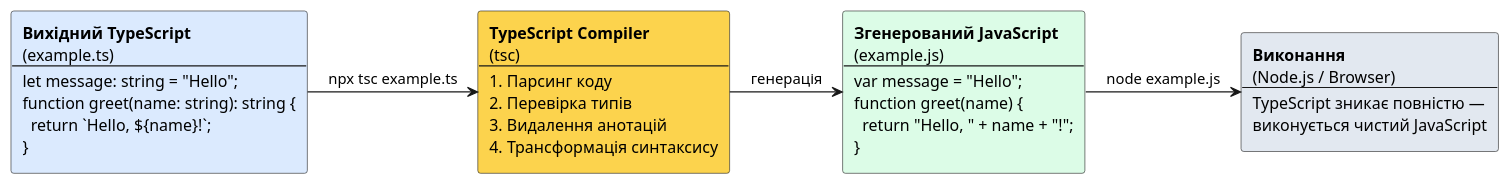
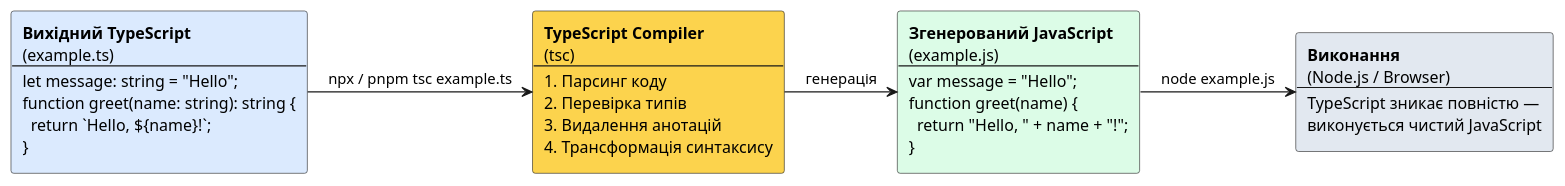
One commit to arakviel/kostyl.dev changed the second of 6 diagrams in content/18.web-development/03.typescript-type-system/01.introduction-compiler-config.md. Above: the diagram before and after it, drawn with PlantUML. The commit also changed other lines of this file and 49 other files, not shown here.

````diff
--- a/content/18.web-development/03.typescript-type-system/01.introduction-compiler-config.md
+++ b/content/18.web-development/03.typescript-type-system/01.introduction-compiler-config.md
@@ -247,49 +260,49 @@
 ```plantuml
 @startuml
 skinparam style plain
 skinparam backgroundColor #FFFFFF
 
 rectangle TS #DBEAFE [
 <b>Вихідний TypeScript</b>
 (example.ts)
 --
 let message: string = "Hello";
 function greet(name: string): string {
   return `Hello, ${name}!`;
 }
 ]
 
 rectangle TSC #FCD34D [
 <b>TypeScript Compiler</b>
 (tsc)
 --
 1. Парсинг коду
 2. Перевірка типів
 3. Видалення анотацій
 4. Трансформація синтаксису
 ]
 
 rectangle JS #DCFCE7 [
 <b>Згенерований JavaScript</b>
 (example.js)
 --
 var message = "Hello";
 function greet(name) {
   return "Hello, " + name + "!";
 }
 ]
 
 rectangle Runtime #E2E8F0 [
 <b>Виконання</b>
 (Node.js / Browser)
 --
 TypeScript зникає повністю —
 виконується чистий JavaScript
 ]
 
-TS -right-> TSC : npx tsc example.ts
+TS -right-> TSC : npx / pnpm tsc example.ts
 TSC -right-> JS : генерація
 JS -right-> Runtime : node example.js
 
 @enduml
 ```
````
